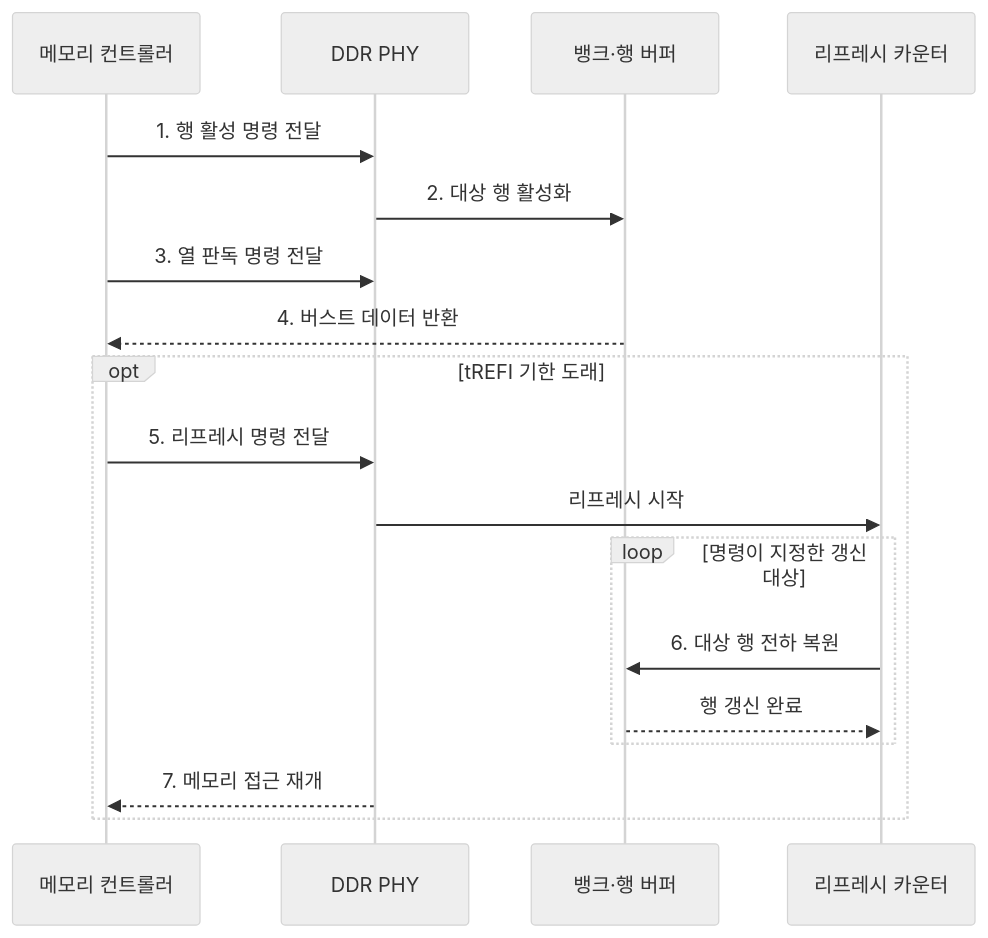
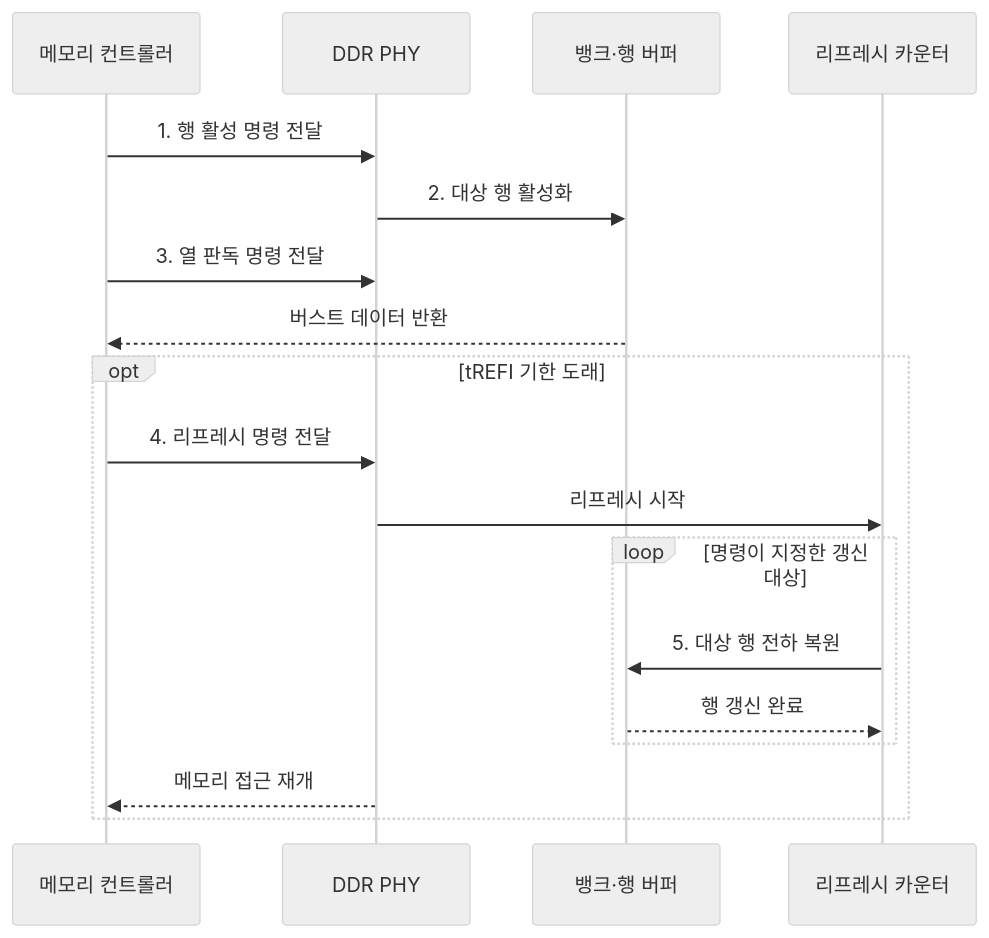
Before and after one commit to agnusdei1207/knowledge-base: the second of 2 diagrams in src/content/docs/notes/02-hardware/024_ddr_sdram_refresh.md, drawn with Mermaid (neutral theme). The commit also changed other lines of this file and 20 other files, not shown here.

````diff
--- a/src/content/docs/notes/02-hardware/024_ddr_sdram_refresh.md
+++ b/src/content/docs/notes/02-hardware/024_ddr_sdram_refresh.md
@@ -87,20 +87,20 @@
 ```mermaid
 sequenceDiagram
     participant C as 메모리 컨트롤러
     participant P as DDR PHY
     participant B as 뱅크·행 버퍼
     participant R as 리프레시 카운터
     C->>P: 1. 행 활성 명령 전달
     P->>B: 2. 대상 행 활성화
     C->>P: 3. 열 판독 명령 전달
-    B-->>C: 4. 버스트 데이터 반환
+    B-->>C: 버스트 데이터 반환
     opt tREFI 기한 도래
-        C->>P: 5. 리프레시 명령 전달
+        C->>P: 4. 리프레시 명령 전달
         P->>R: 리프레시 시작
         loop 명령이 지정한 갱신 대상
-            R->>B: 6. 대상 행 전하 복원
+            R->>B: 5. 대상 행 전하 복원
             B-->>R: 행 갱신 완료
         end
-        P-->>C: 7. 메모리 접근 재개
+        P-->>C: 메모리 접근 재개
     end
 ```
````
